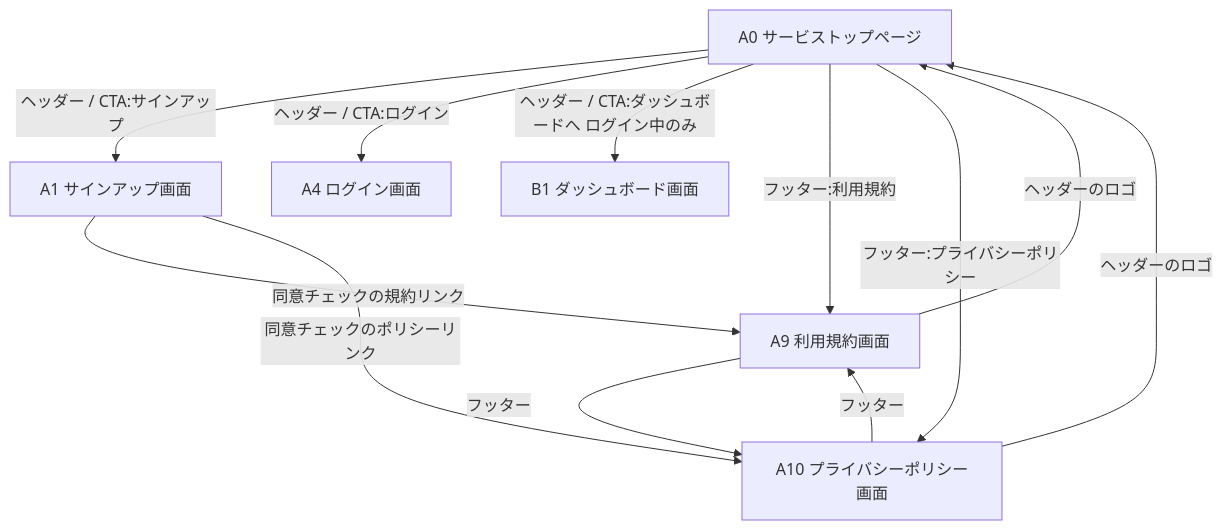
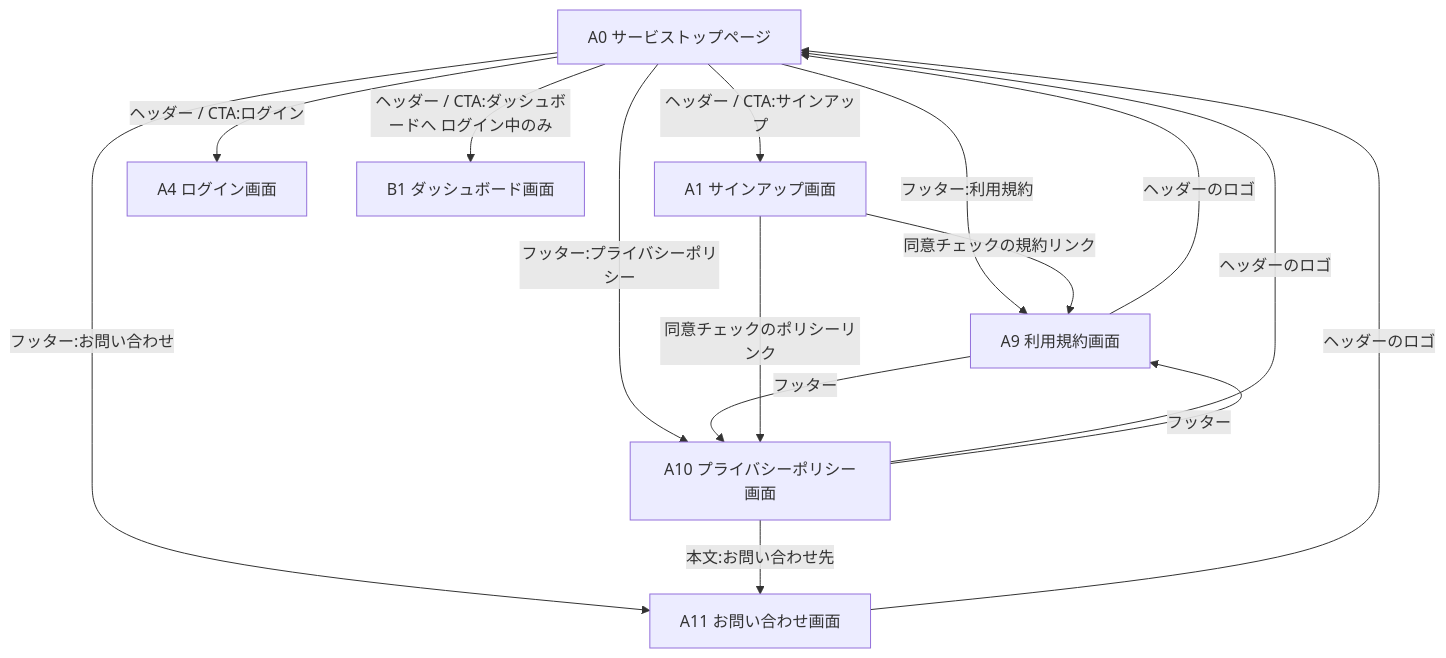
One commit to KunitoObara/FIRE_FIRE changed the fourth of 4 diagrams in docs/screen-list-and-transitions.md. Above: the diagram before and after it, drawn with Mermaid. The commit also changed other lines of this file and 20 other files, not shown here.

````diff
--- a/docs/screen-list-and-transitions.md
+++ b/docs/screen-list-and-transitions.md
@@ -272,17 +273,20 @@
 ```mermaid
 flowchart TD
     Top[A0 サービストップページ]
     Top -->|ヘッダー / CTA:サインアップ| Signup[A1 サインアップ画面]
     Top -->|ヘッダー / CTA:ログイン| Login[A4 ログイン画面]
     Top -->|ヘッダー / CTA:ダッシュボードへ ログイン中のみ| Dashboard[B1 ダッシュボード画面]
     Top -->|フッター:利用規約| Terms[A9 利用規約画面]
     Top -->|フッター:プライバシーポリシー| Privacy[A10 プライバシーポリシー画面]
+    Top -->|フッター:お問い合わせ| Contact[A11 お問い合わせ画面]
 
     Terms -->|ヘッダーのロゴ| Top
     Privacy -->|ヘッダーのロゴ| Top
+    Contact -->|ヘッダーのロゴ| Top
     Terms -->|フッター| Privacy
     Privacy -->|フッター| Terms
+    Privacy -->|本文:お問い合わせ先| Contact
 
     Signup -->|同意チェックの規約リンク| Terms
     Signup -->|同意チェックのポリシーリンク| Privacy
 ```
````
